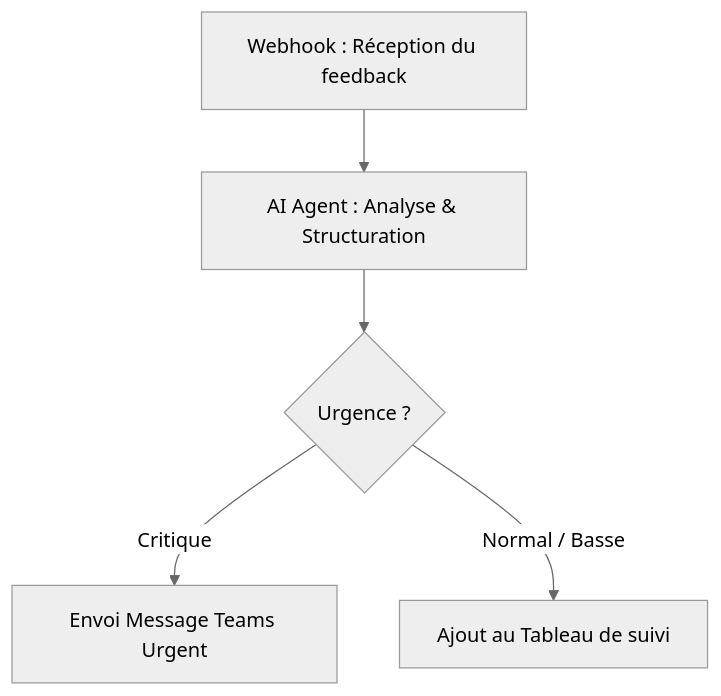
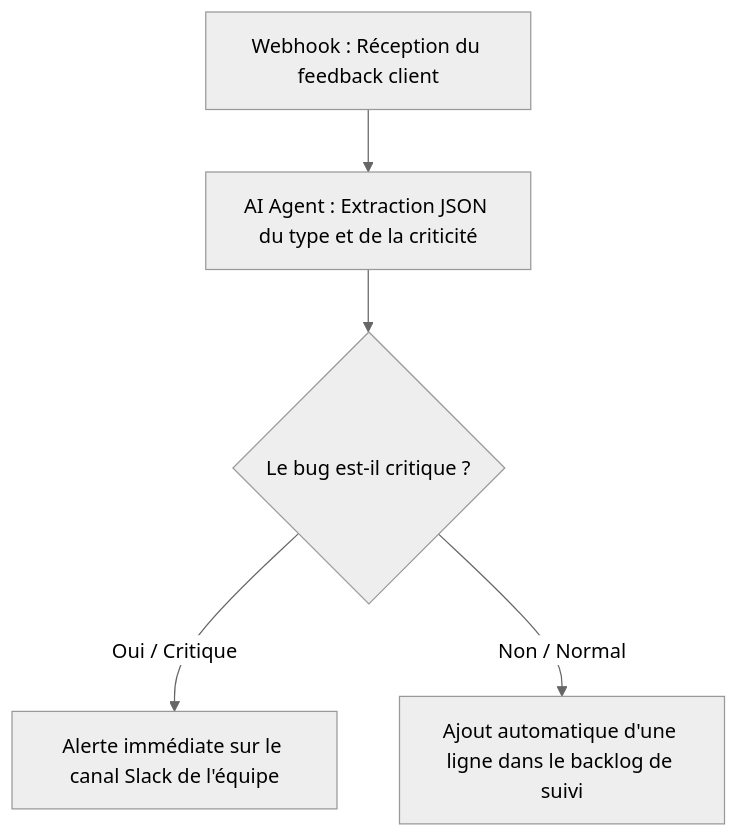
One commit to AstekGroup/training-ai-assistance-for-popm changed the diagram in EXERCICES/EXERCICE_3_Automatisation-Workflows.md. Above: the diagram before and after it, drawn with Mermaid (neutral theme). The commit also changed other lines of this file and 3 other files, not shown here.

````diff
--- a/EXERCICES/EXERCICE_3_Automatisation-Workflows.md
+++ b/EXERCICES/EXERCICE_3_Automatisation-Workflows.md
@@ -265,7 +141,7 @@
 ```mermaid
 graph TD
-    A[Webhook : Réception du feedback] --> B[AI Agent : Analyse & Structuration]
-    B --> C{Urgence ?}
-    C -->|Critique| D[Envoi Message Teams Urgent]
-    C -->|Normal / Basse| E[Ajout au Tableau de suivi]
+    A[Webhook : Réception du feedback client] --> B[AI Agent : Extraction JSON du type et de la criticité]
+    B --> C{Le bug est-il critique ?}
+    C -->|Oui / Critique| D[Alerte immédiate sur le canal Slack de l'équipe]
+    C -->|Non / Normal| E[Ajout automatique d'une ligne dans le backlog de suivi]
 ```
````
